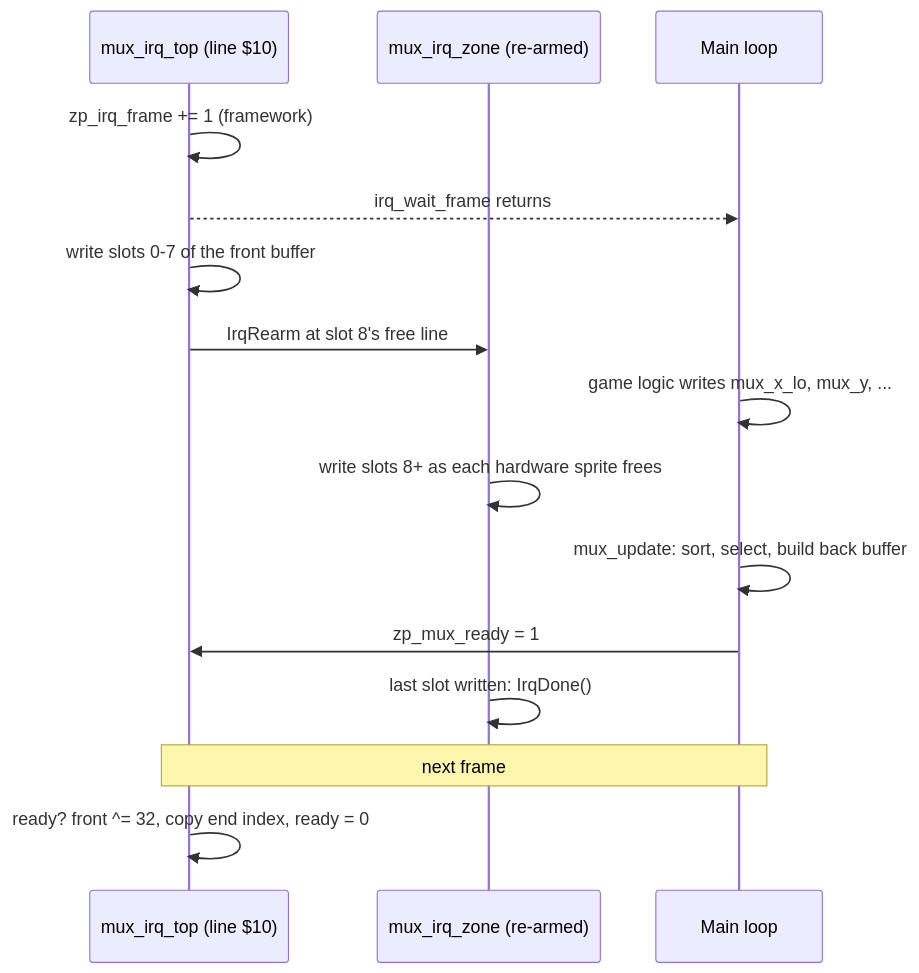
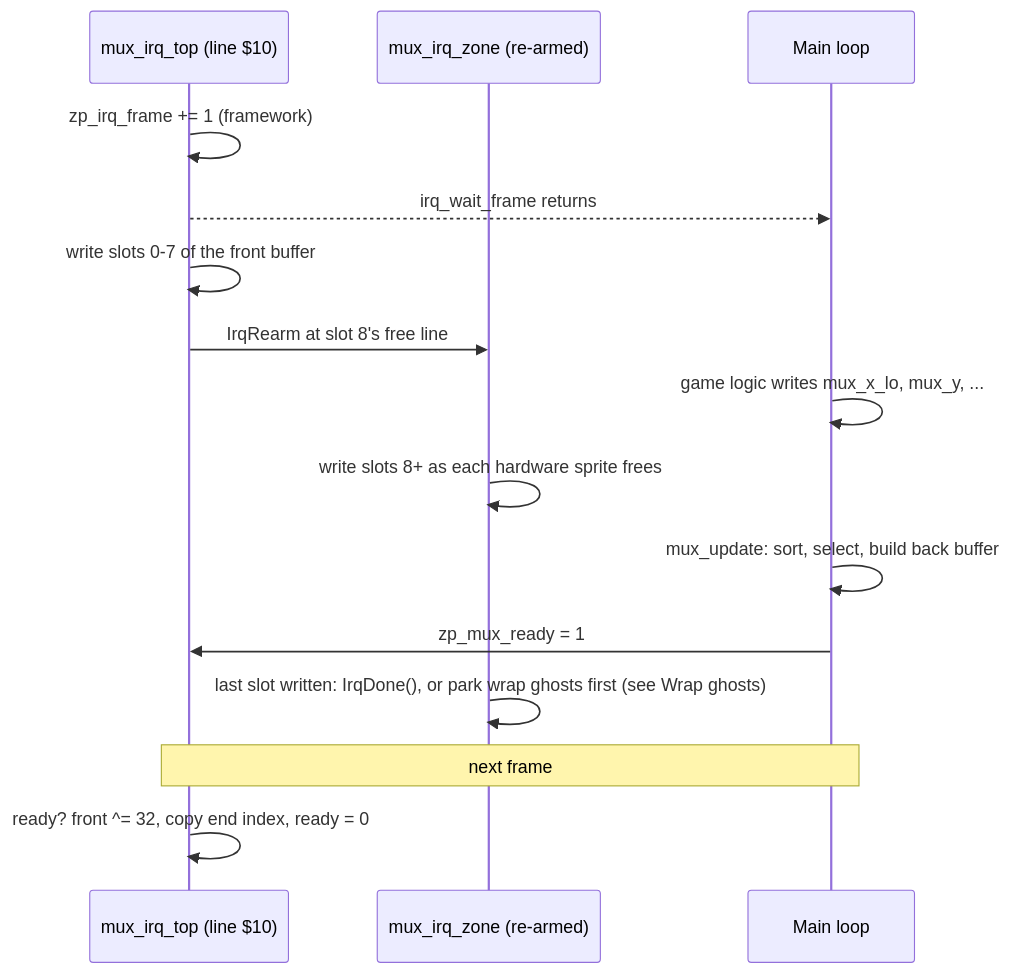
Before and after one commit to s474/vs64_software_house: the second of 6 diagrams in engine/README.md, drawn with Mermaid. The commit also changed other lines of this file and 7 other files, not shown here.

First line of the commit message:
M3 stage 3.5: park wrap-ghost sprites, lock mux_irq_top at 393

````diff
--- a/engine/README.md
+++ b/engine/README.md
@@ -407,17 +412,17 @@
 ```mermaid
 sequenceDiagram
     participant T as mux_irq_top (line $10)
     participant Z as mux_irq_zone (re-armed)
     participant M as Main loop
     T->>T: zp_irq_frame += 1 (framework)
     T-->>M: irq_wait_frame returns
     T->>T: write slots 0-7 of the front buffer
     T->>Z: IrqRearm at slot 8's free line
     M->>M: game logic writes mux_x_lo, mux_y, ...
     Z->>Z: write slots 8+ as each hardware sprite frees
     M->>M: mux_update: sort, select, build back buffer
     M->>T: zp_mux_ready = 1
-    Z->>Z: last slot written: IrqDone()
+    Z->>Z: last slot written: IrqDone(), or park wrap ghosts first (see Wrap ghosts)
     Note over T,M: next frame
     T->>T: ready? front ^= 32, copy end index, ready = 0
 ```
````
